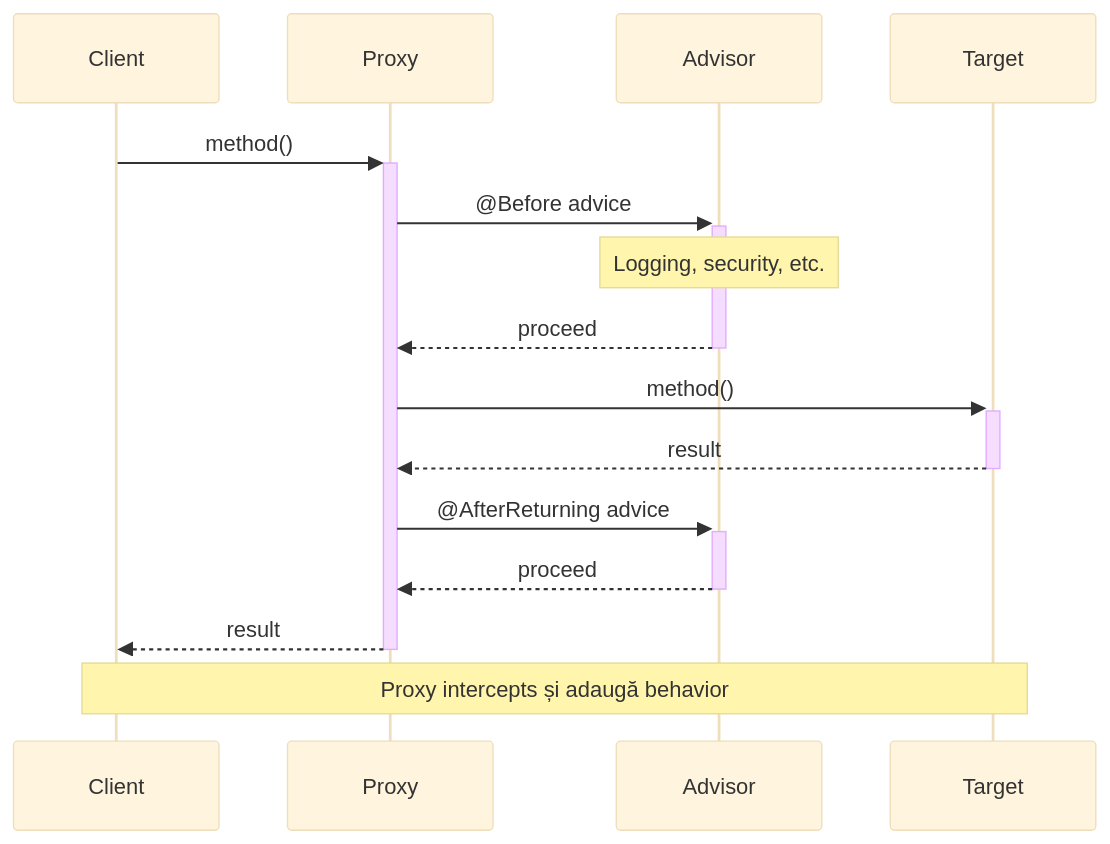
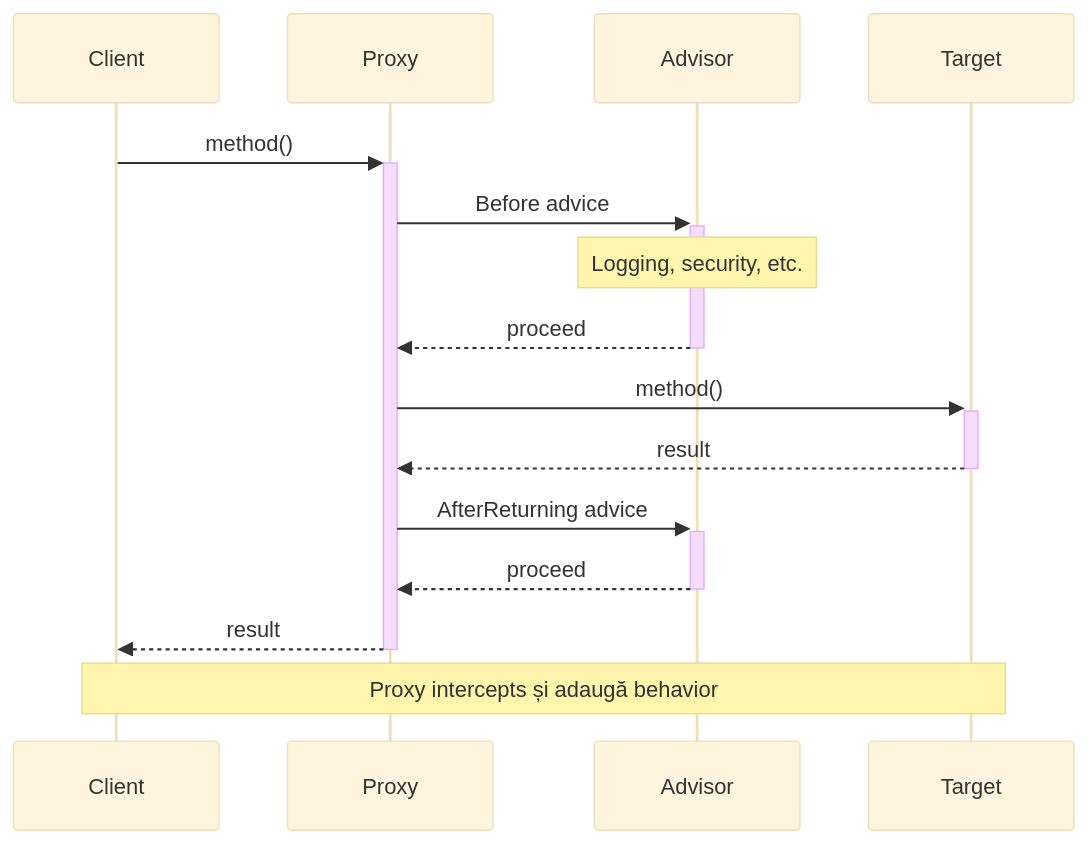
Diagram 24 of 55 in chapters/cap13-design-patterns-diag.md (Brebu/Quizz), drawn with Mermaid (base theme) before and after one commit. The commit also changed other lines of this file and 1 other file, not shown here.

````diff
--- a/chapters/cap13-design-patterns-diag.md
+++ b/chapters/cap13-design-patterns-diag.md
@@ -752,23 +752,23 @@
 ```mermaid
 sequenceDiagram
     participant Client
     participant Proxy
     participant Advisor
     participant Target
     
     Client->>+Proxy: method()
     
-    Proxy->>+Advisor: @Before advice
+    Proxy->>+Advisor: Before advice
     Note over Advisor: Logging, security, etc.
     Advisor-->>-Proxy: proceed
     
     Proxy->>+Target: method()
     Target-->>-Proxy: result
     
-    Proxy->>+Advisor: @AfterReturning advice
+    Proxy->>+Advisor: AfterReturning advice
     Advisor-->>-Proxy: proceed
     
     Proxy-->>-Client: result
     
     Note over Client,Target: Proxy intercepts și adaugă behavior
 ```
````
